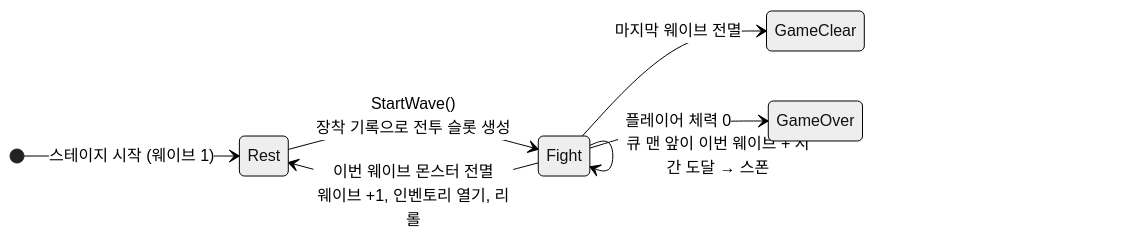
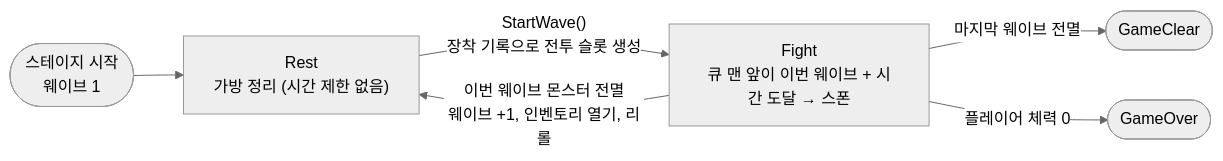
One commit to NaJungWon/portfolio changed the fourth of 5 diagrams in src/05-inventory-player/기술문서.md. Above: the diagram before and after it, drawn with Mermaid. The commit also changed other lines of this file and 5 other files, not shown here.

Commit message:
인벤토리 플레이어 상세 문서 3차 다듬기 · 슬라이드 35장으로 줄이기

````diff
--- a/src/05-inventory-player/기술문서.md
+++ b/src/05-inventory-player/기술문서.md
@@ -603,11 +399,9 @@
 ```mermaid
 %%{init: {'theme':'neutral'}}%%
-stateDiagram-v2
-    direction LR
-    [*] --> Rest: 스테이지 시작 (웨이브 1)
-    Rest --> Fight: StartWave()<br/>장착 기록으로 전투 슬롯 생성
-    Fight --> Fight: 큐 맨 앞이 이번 웨이브 + 시간 도달 → 스폰
-    Fight --> Rest: 이번 웨이브 몬스터 전멸<br/>웨이브 +1, 인벤토리 열기, 리롤
-    Fight --> GameClear: 마지막 웨이브 전멸
-    Fight --> GameOver: 플레이어 체력 0
+flowchart LR
+    S([스테이지 시작<br/>웨이브 1]) --> R["Rest<br/>가방 정리 (시간 제한 없음)"]
+    R -->|"StartWave()<br/>장착 기록으로 전투 슬롯 생성"| F["Fight<br/>큐 맨 앞이 이번 웨이브 + 시간 도달 → 스폰"]
+    F -->|"이번 웨이브 몬스터 전멸<br/>웨이브 +1, 인벤토리 열기, 리롤"| R
+    F -->|"마지막 웨이브 전멸"| C([GameClear])
+    F -->|"플레이어 체력 0"| O([GameOver])
 ```
````
